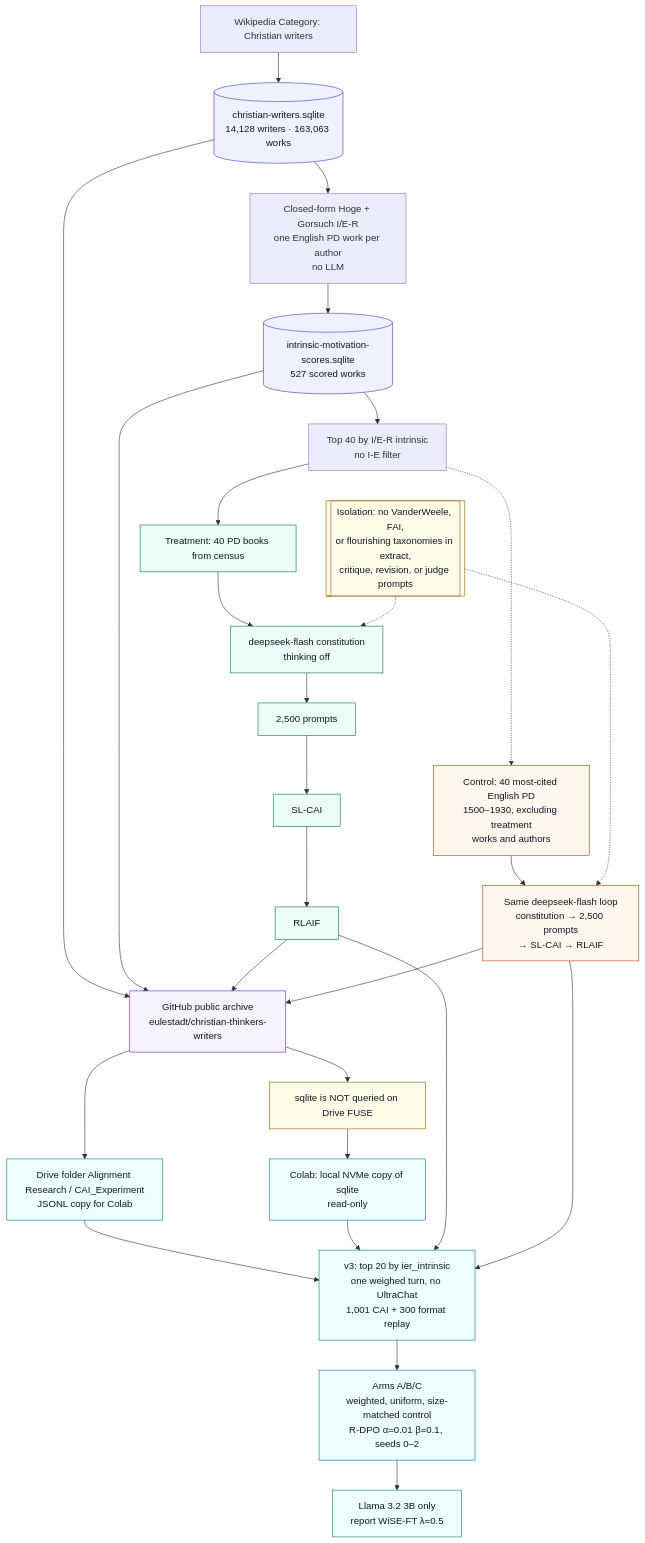
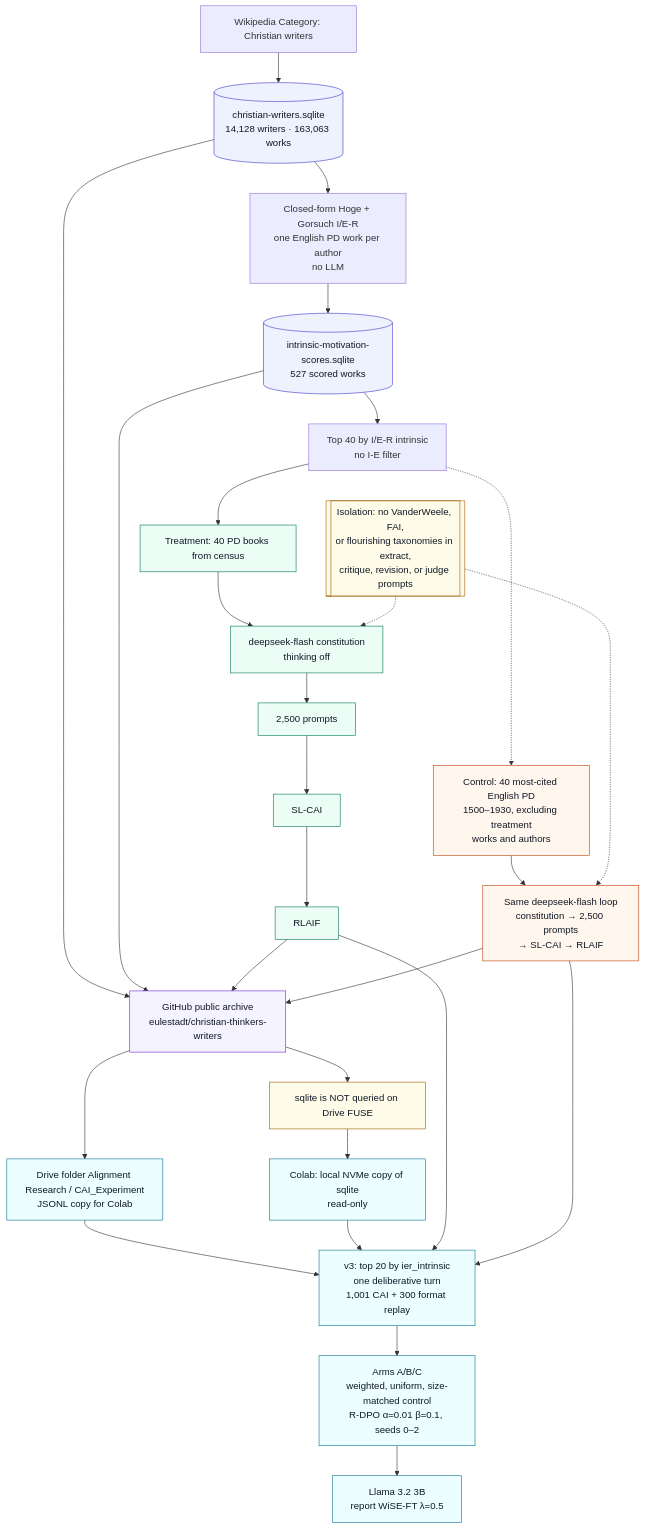
Before and after one commit to eulestadt/christian-thinkers-writers: the diagram in docs/pipeline-flowchart.md, drawn with Mermaid. The commit also changed other lines of this file and 24 other files, not shown here.

````diff
--- a/docs/pipeline-flowchart.md
+++ b/docs/pipeline-flowchart.md
@@ -11,60 +11,60 @@
 ```mermaid
 flowchart TB
   WP["Wikipedia Category: Christian writers"]
   CDB[("christian-writers.sqlite<br/>14,128 writers · 163,063 works")]
   SC["Closed-form Hoge + Gorsuch I/E-R<br/>one English PD work per author<br/>no LLM"]
   SDB[("intrinsic-motivation-scores.sqlite<br/>527 scored works")]
   T40["Top 40 by I/E-R intrinsic<br/>no I-E filter"]
 
   WP --> CDB --> SC --> SDB --> T40
 
   ISO[["Isolation: no VanderWeele, FAI,<br/>or flourishing taxonomies in extract,<br/>critique, revision, or judge prompts"]]
 
   TB["Treatment: 40 PD books from census"]
   TC["deepseek-flash constitution<br/>thinking off"]
   TP["2,500 prompts"]
   TSL["SL-CAI"]
   TRL["RLAIF"]
   T40 --> TB --> TC --> TP --> TSL --> TRL
   ISO -.-> TC
 
   CB["Control: 40 most-cited English PD<br/>1500–1930, excluding treatment<br/>works and authors"]
   CC["Same deepseek-flash loop<br/>constitution → 2,500 prompts<br/>→ SL-CAI → RLAIF"]
   T40 -.-> CB --> CC
   ISO -.-> CC
 
   GH["GitHub public archive<br/>eulestadt/christian-thinkers-writers"]
   CDB --> GH
   SDB --> GH
   TRL --> GH
   CC --> GH
 
   JL["Drive folder Alignment Research / CAI_Experiment<br/>JSONL copy for Colab"]
   NF["sqlite is NOT queried on Drive FUSE"]
   GH --> JL
   GH --> NF
 
   NV["Colab: local NVMe copy of sqlite<br/>read-only"]
-  V3["v3: top 20 by ier_intrinsic<br/>one weighed turn, no UltraChat<br/>1,001 CAI + 300 format replay"]
+  V3["v3: top 20 by ier_intrinsic<br/>one deliberative turn<br/>1,001 CAI + 300 format replay"]
   ARMS["Arms A/B/C<br/>weighted, uniform, size-matched control<br/>R-DPO α=0.01 β=0.1, seeds 0–2"]
-  L3["Llama 3.2 3B only<br/>report WiSE-FT λ=0.5"]
+  L3["Llama 3.2 3B<br/>report WiSE-FT λ=0.5"]
   NF --> NV
   JL --> V3
   NV --> V3
   TRL --> V3
   CC --> V3
   V3 --> ARMS --> L3
 
   classDef db fill:#eef2ff,stroke:#4338ca,color:#111827
   classDef treat fill:#ecfdf5,stroke:#047857,color:#111827
   classDef ctrl fill:#fff7ed,stroke:#c2410c,color:#111827
   classDef iso fill:#fefce8,stroke:#a16207,color:#111827
   classDef gh fill:#f5f3ff,stroke:#6d28d9,color:#111827
   classDef col fill:#ecfeff,stroke:#0e7490,color:#111827
   class CDB,SDB db
   class TB,TC,TP,TSL,TRL treat
   class CB,CC ctrl
   class ISO,NF iso
   class GH gh
   class JL,NV,V3,ARMS,L3 col
 ```
````
